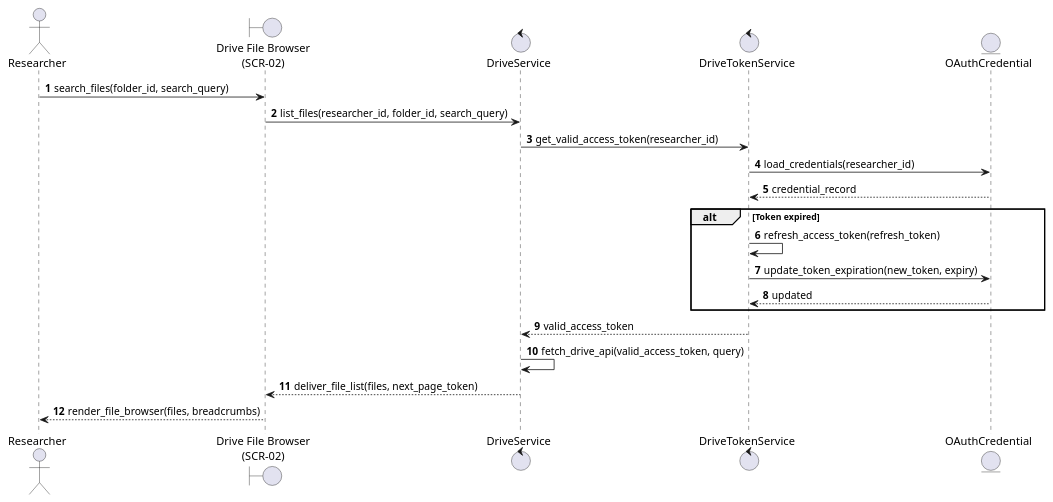
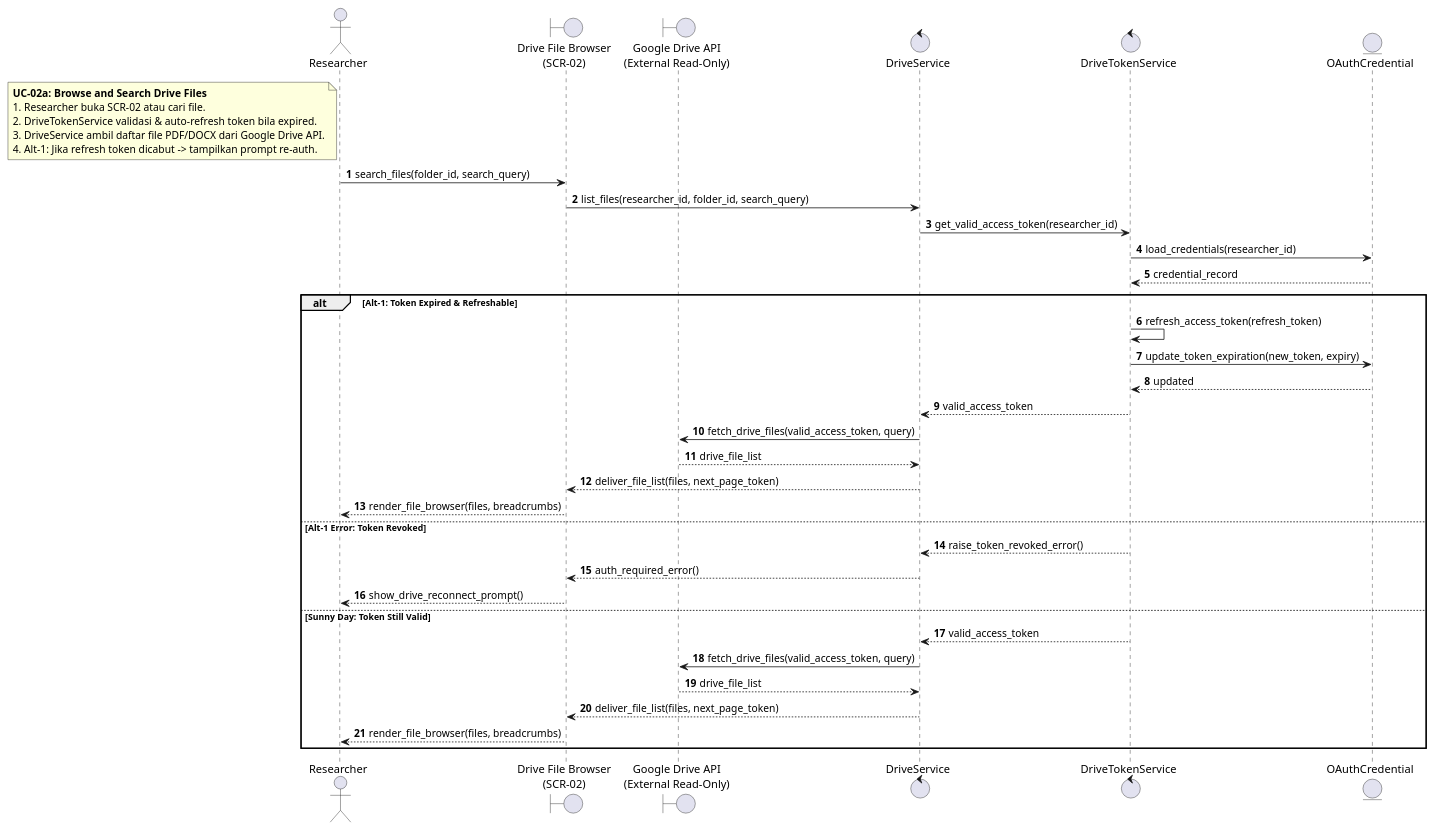
Before and after one commit to Gzaa19/Telaah: the third of 5 diagrams in specs/002-drive-document-import/plan.md, drawn with PlantUML. The commit also changed other lines of this file and 11 other files, not shown here.

Commit message:
docs(iconix): align constitution, preset templates, and specs 001-004 diagrams

````diff
--- a/specs/002-drive-document-import/plan.md
+++ b/specs/002-drive-document-import/plan.md
@@ -284,27 +244,50 @@
 ```plantuml
 @startuml
+autoactivate off
 autonumber
+skinparam shadowing false
 skinparam responseMessageBelowArrow true
 
 actor "Researcher" as Researcher
 boundary "Drive File Browser\n(SCR-02)" as Browser
+boundary "Google Drive API\n(External Read-Only)" as GDriveAPI
 control "DriveService" as DriveSvc
 control "DriveTokenService" as TokenSvc
 entity "OAuthCredential" as Credential
+
+note left of Researcher
+  <b>UC-02a: Browse and Search Drive Files</b>
+  1. Researcher buka SCR-02 atau cari file.
+  2. DriveTokenService validasi & auto-refresh token bila expired.
+  3. DriveService ambil daftar file PDF/DOCX dari Google Drive API.
+  4. Alt-1: Jika refresh token dicabut -> tampilkan prompt re-auth.
+end note
 
 Researcher -> Browser : search_files(folder_id, search_query)
 Browser -> DriveSvc : list_files(researcher_id, folder_id, search_query)
 DriveSvc -> TokenSvc : get_valid_access_token(researcher_id)
 TokenSvc -> Credential : load_credentials(researcher_id)
 Credential --> TokenSvc : credential_record
-alt Token expired
+
+alt Alt-1: Token Expired & Refreshable
     TokenSvc -> TokenSvc : refresh_access_token(refresh_token)
     TokenSvc -> Credential : update_token_expiration(new_token, expiry)
     Credential --> TokenSvc : updated
+    TokenSvc --> DriveSvc : valid_access_token
+    DriveSvc -> GDriveAPI : fetch_drive_files(valid_access_token, query)
+    GDriveAPI --> DriveSvc : drive_file_list
+    DriveSvc --> Browser : deliver_file_list(files, next_page_token)
+    Browser --> Researcher : render_file_browser(files, breadcrumbs)
+else Alt-1 Error: Token Revoked
+    TokenSvc --> DriveSvc : raise_token_revoked_error()
+    DriveSvc --> Browser : auth_required_error()
+    Browser --> Researcher : show_drive_reconnect_prompt()
+else Sunny Day: Token Still Valid
+    TokenSvc --> DriveSvc : valid_access_token
+    DriveSvc -> GDriveAPI : fetch_drive_files(valid_access_token, query)
+    GDriveAPI --> DriveSvc : drive_file_list
+    DriveSvc --> Browser : deliver_file_list(files, next_page_token)
+    Browser --> Researcher : render_file_browser(files, breadcrumbs)
 end
-TokenSvc --> DriveSvc : valid_access_token
-DriveSvc -> DriveSvc : fetch_drive_api(valid_access_token, query)
-DriveSvc --> Browser : deliver_file_list(files, next_page_token)
-Browser --> Researcher : render_file_browser(files, breadcrumbs)
 @enduml
 ```
````
